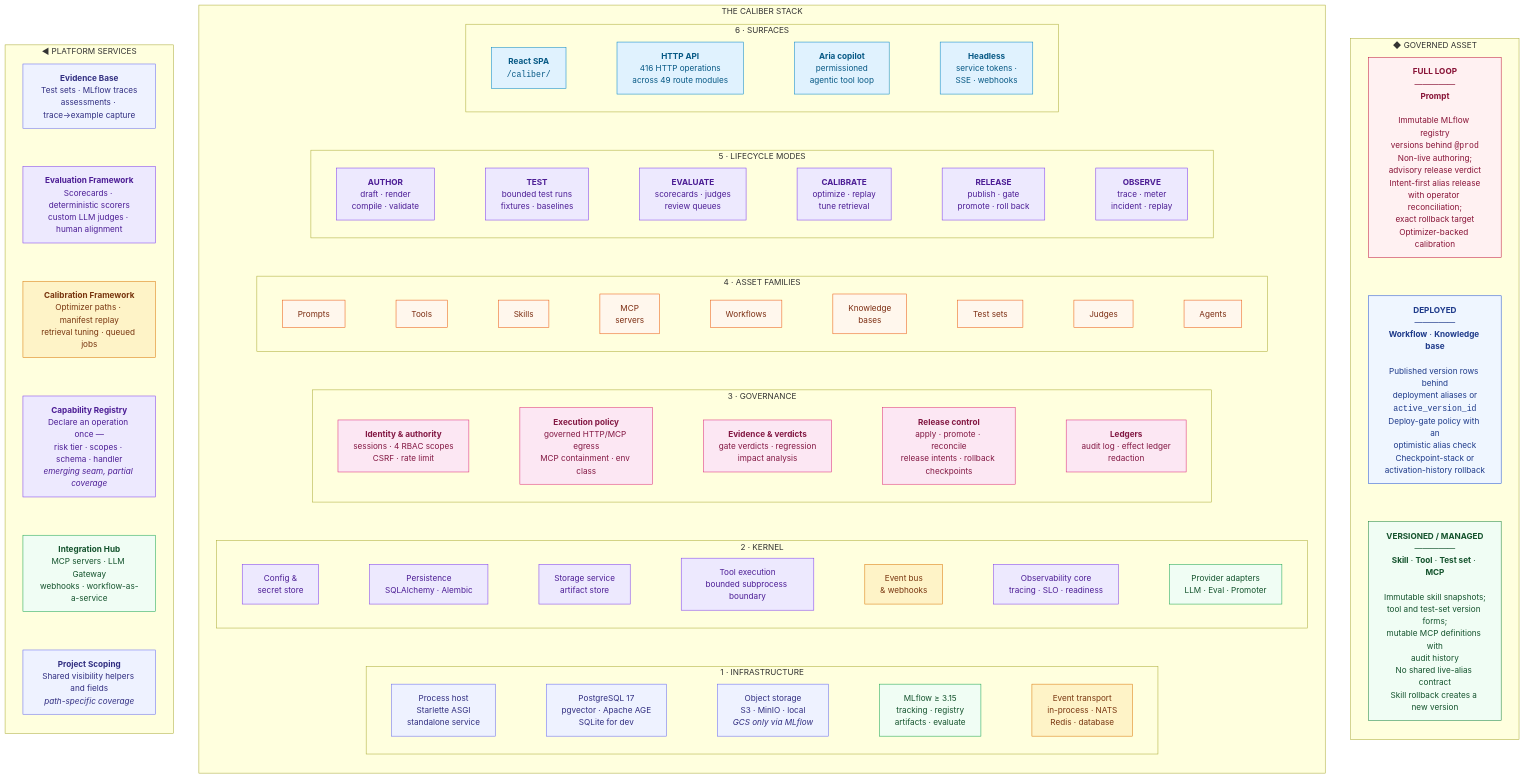
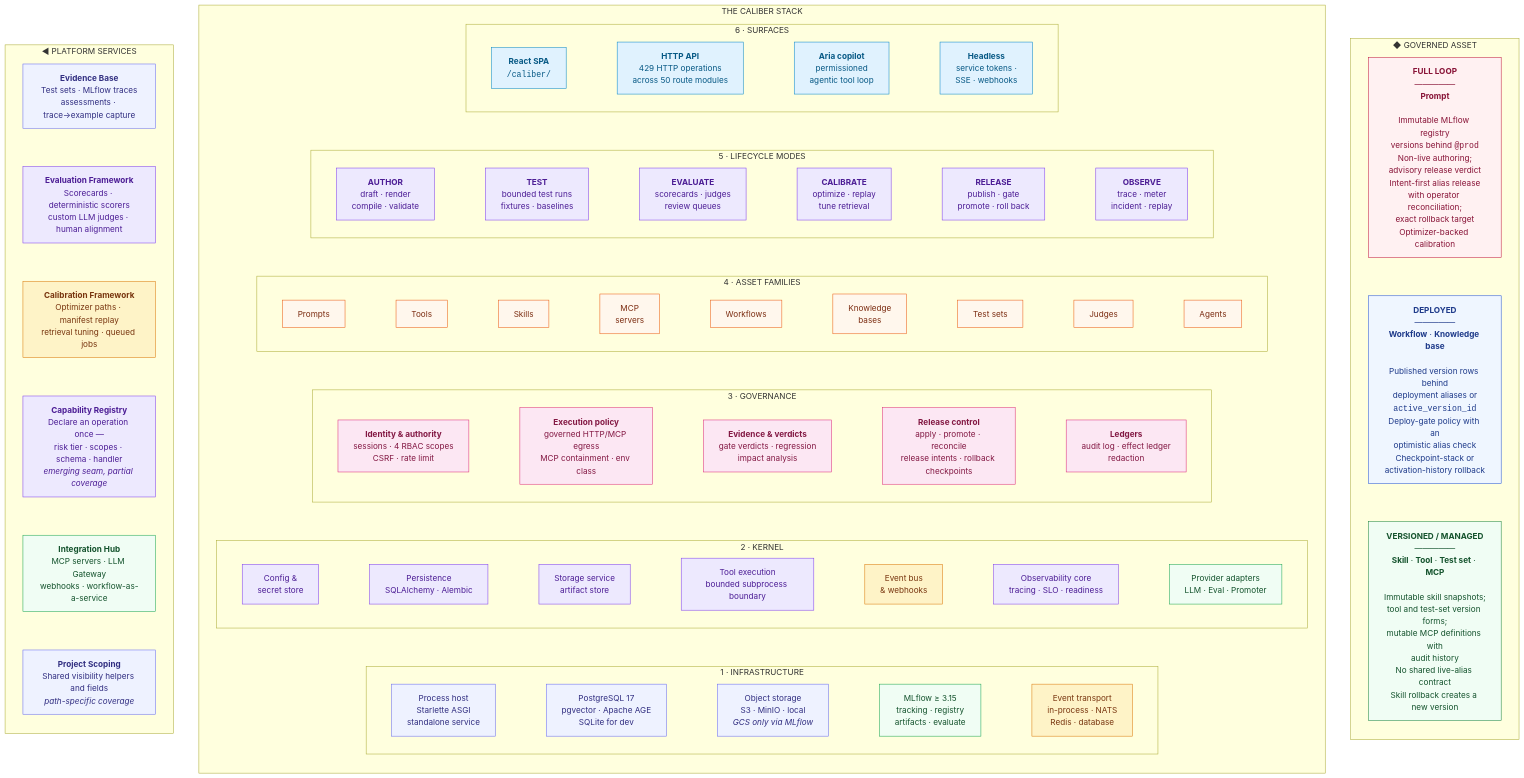
Before and after one commit to rrahimi-uci/caliber-suite: the first of 8 diagrams in ARCHITECTURE.md, drawn with Mermaid. The commit also changed 22 other files, not shown here.

```diff
--- a/ARCHITECTURE.md
+++ b/ARCHITECTURE.md
@@ -105,7 +105,7 @@
     subgraph L6["6 · SURFACES"]
       direction LR
       s1["<b>React SPA</b><br/><code>/caliber/</code>"]:::ui
-      s2["<b>HTTP API</b><br/>416 HTTP operations<br/>across 49 route modules"]:::ui
+      s2["<b>HTTP API</b><br/>429 HTTP operations<br/>across 50 route modules"]:::ui
       s3["<b>Aria copilot</b><br/>permissioned<br/>agentic tool loop"]:::ui
       s4["<b>Headless</b><br/>service tokens ·<br/>SSE · webhooks"]:::ui
       s1 --- s2 --- s3 --- s4
```
